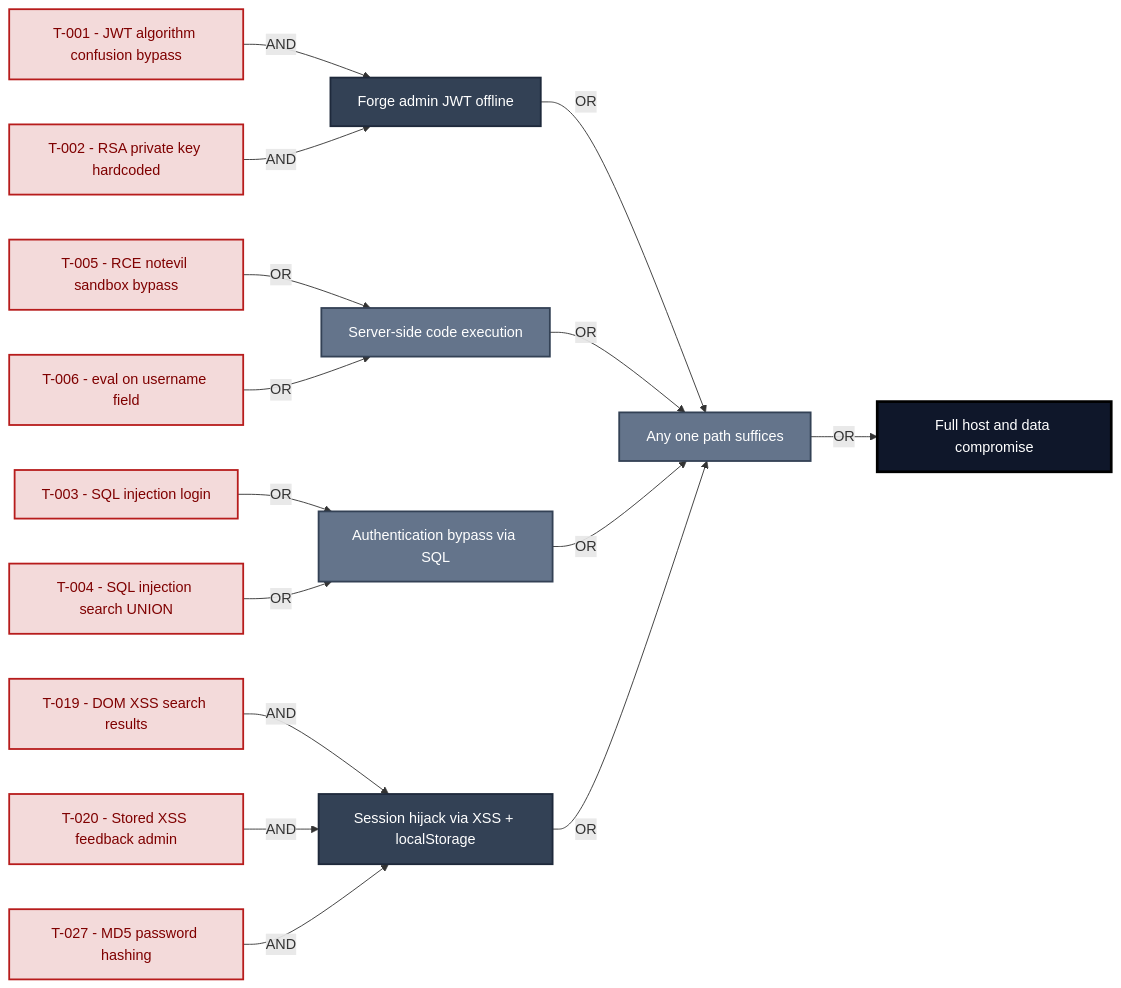
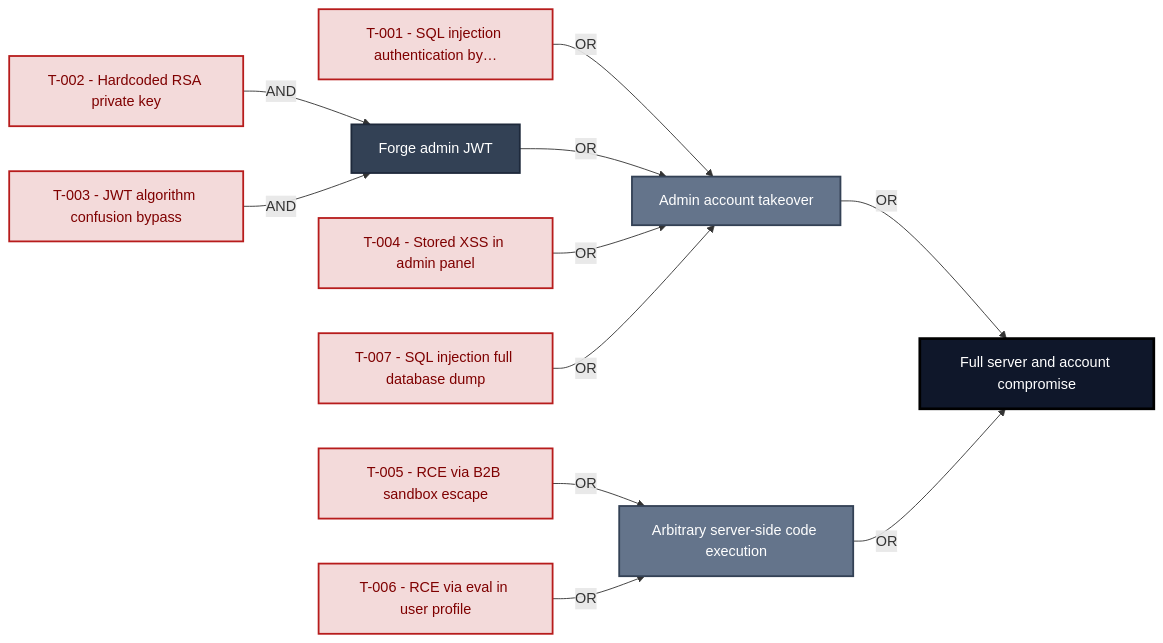
One commit to appsec-foundry/appsec-advisor changed the third of 15 diagrams in examples/threat-modeler/threat-model-juice-shop-standard.md. Above: the diagram before and after it, drawn with Mermaid. The commit also changed other lines of this file, not shown here.

````diff
--- a/examples/threat-modeler/threat-model-juice-shop-standard.md
+++ b/examples/threat-modeler/threat-model-juice-shop-standard.md
@@ -291,38 +305,30 @@
 ```mermaid
 graph LR
-    G_ROOT["Full host and data compromise"]:::goal
-    OR_ROOT["Any one path suffices"]:::or_node
-    AND_JWT["Forge admin JWT offline"]:::and_node
-    L_T001["T-001 - JWT algorithm confusion bypass"]:::leaf
-    L_T002["T-002 - RSA private key hardcoded"]:::leaf
-    OR_RCE["Server-side code execution"]:::or_node
-    L_T005["T-005 - RCE notevil sandbox bypass"]:::leaf
-    L_T006["T-006 - eval on username field"]:::leaf
-    OR_SQLI["Authentication bypass via SQL"]:::or_node
-    L_T003["T-003 - SQL injection login"]:::leaf
-    L_T004["T-004 - SQL injection search UNION"]:::leaf
-    AND_XSS["Session hijack via XSS + localStorage"]:::and_node
-    L_T019["T-019 - DOM XSS search results"]:::leaf
-    L_T020["T-020 - Stored XSS feedback admin"]:::leaf
-    L_T027["T-027 - MD5 password hashing"]:::leaf
+    G_ROOT["Full server and account compromise"]:::goal
+    OR_ADMIN["Admin account takeover"]:::or_node
+    OR_RCE["Arbitrary server-side code execution"]:::or_node
+    AND_JWT["Forge admin JWT"]:::and_node
+    L_T001["T-001 - SQL injection authentication by…"]:::leaf
+    L_T002["T-002 - Hardcoded RSA private key"]:::leaf
+    L_T003["T-003 - JWT algorithm confusion bypass"]:::leaf
+    L_T004["T-004 - Stored XSS in admin panel"]:::leaf
+    L_T005["T-005 - RCE via B2B sandbox escape"]:::leaf
+    L_T006["T-006 - RCE via eval in user profile"]:::leaf
+    L_T007["T-007 - SQL injection full database dump"]:::leaf
 
-    OR_ROOT -->|"OR"| G_ROOT
-    AND_JWT -->|"OR"| OR_ROOT
-    L_T001 -->|"AND"| AND_JWT
+    OR_ADMIN -->|"OR"| G_ROOT
+    OR_RCE -->|"OR"| G_ROOT
+    L_T001 -->|"OR"| OR_ADMIN
+    AND_JWT -->|"OR"| OR_ADMIN
     L_T002 -->|"AND"| AND_JWT
-    OR_RCE -->|"OR"| OR_ROOT
+    L_T003 -->|"AND"| AND_JWT
+    L_T004 -->|"OR"| OR_ADMIN
     L_T005 -->|"OR"| OR_RCE
     L_T006 -->|"OR"| OR_RCE
-    OR_SQLI -->|"OR"| OR_ROOT
-    L_T003 -->|"OR"| OR_SQLI
-    L_T004 -->|"OR"| OR_SQLI
-    AND_XSS -->|"OR"| OR_ROOT
-    L_T019 -->|"AND"| AND_XSS
-    L_T020 -->|"AND"| AND_XSS
-    L_T027 -->|"AND"| AND_XSS
+    L_T007 -->|"OR"| OR_ADMIN
 
     classDef goal fill:#0f172a,stroke:#000,color:#fff,stroke-width:3px
     classDef and_node fill:#334155,stroke:#1e293b,color:#fff,stroke-width:2px
     classDef or_node fill:#64748b,stroke:#334155,color:#fff,stroke-width:2px
     classDef leaf fill:#f3dada,stroke:#b71c1c,color:#7f0000,stroke-width:2px
 ```
````
